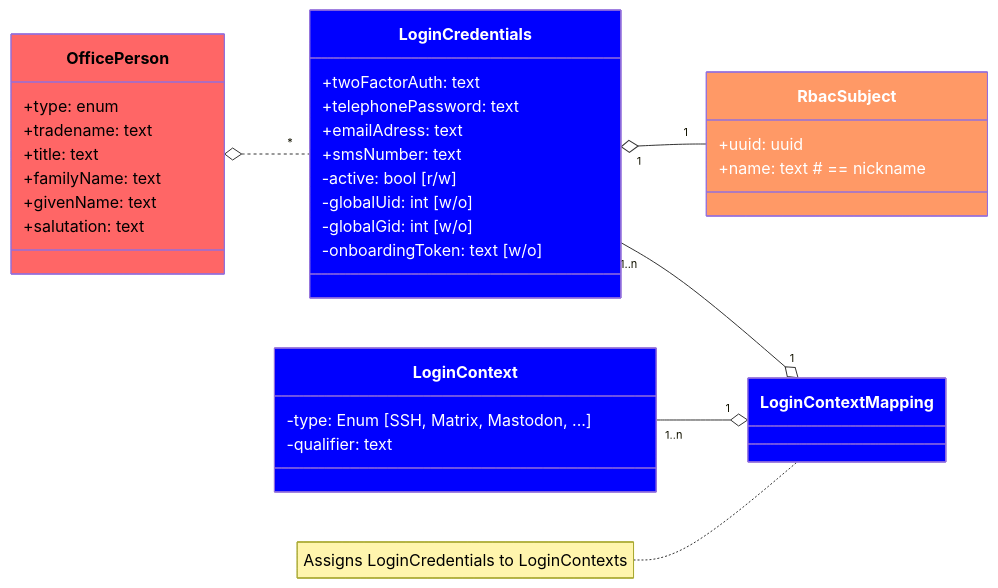
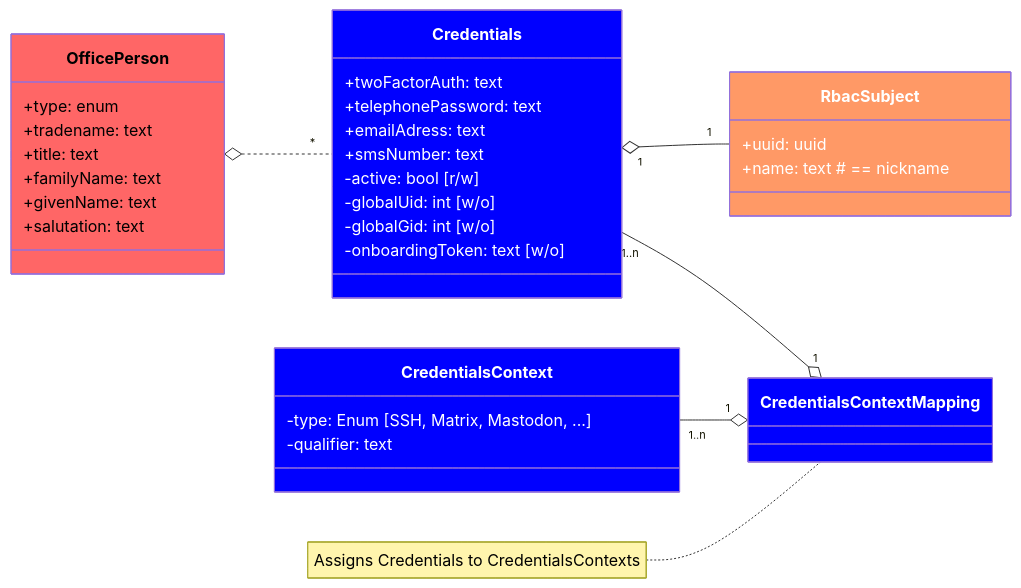
Before and after one commit to mhoennig/hs.hsadmin.ng: the diagram in doc/ideas/login-credentials-data-model.mermaid, drawn with Mermaid. The commit also changed 9 other files, not shown here.

```diff
--- a/doc/ideas/login-credentials-data-model.mermaid
+++ b/doc/ideas/login-credentials-data-model.mermaid
@@ -1,49 +1,49 @@
 classDiagram
     direction LR
 
-    OfficePerson o.. "*" LoginCredentials
-    LoginCredentials "1" o-- "1" RbacSubject
+    OfficePerson o.. "*" Credentials
+    Credentials "1" o-- "1" RbacSubject
 
-    LoginContext "1..n" --o "1" LoginContextMapping
-    LoginCredentials "1..n" --o "1" LoginContextMapping
+    CredentialsContext "1..n" --o "1" CredentialsContextMapping
+    Credentials "1..n" --o "1" CredentialsContextMapping
 
-    class LoginCredentials{
+    class Credentials{
         +twoFactorAuth: text
         +telephonePassword: text
         +emailAdress: text
         +smsNumber: text
         -active: bool [r/w]
         -globalUid: int [w/o]
         -globalGid: int [w/o]
         -onboardingToken: text [w/o]
     }
 
-    class LoginContext{
+    class CredentialsContext{
         -type: Enum [SSH, Matrix, Mastodon, ...]
         -qualifier: text
     }
 
-    class LoginContextMapping{
+    class CredentialsContextMapping{
     }
-    note for LoginContextMapping "Assigns LoginCredentials to LoginContexts"
+    note for CredentialsContextMapping "Assigns Credentials to CredentialsContexts"
 
     class RbacSubject{
         +uuid: uuid
         +name: text # == nickname
     }
 
     class OfficePerson{
         +type: enum
         +tradename: text
         +title: text
         +familyName: text
         +givenName: text
         +salutation: text
     }
 
-    style LoginContext fill:#00f,color:#fff
-    style LoginContextMapping fill:#00f,color:#fff
-    style LoginCredentials fill:#00f,color:#fff
+    style CredentialsContext fill:#00f,color:#fff
+    style CredentialsContextMapping fill:#00f,color:#fff
+    style Credentials fill:#00f,color:#fff
 
     style RbacSubject fill:#f96,color:#fff
     style OfficePerson fill:#f66,color:#000
```
